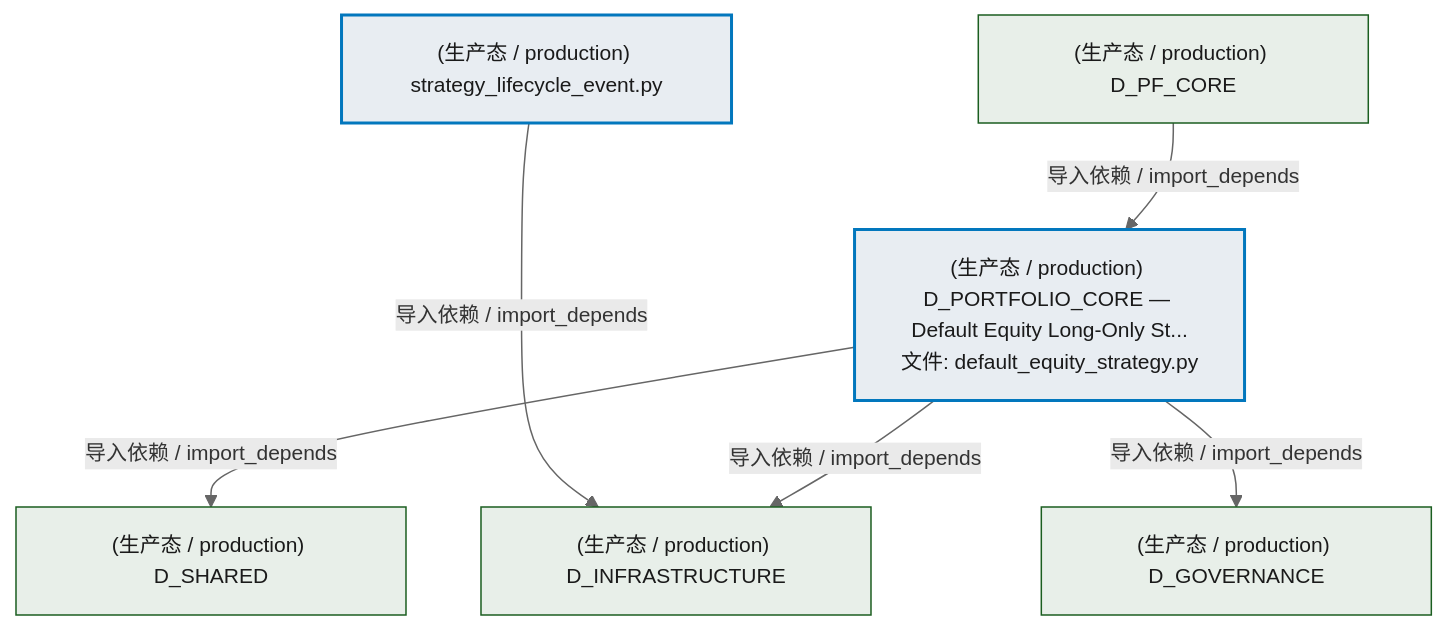
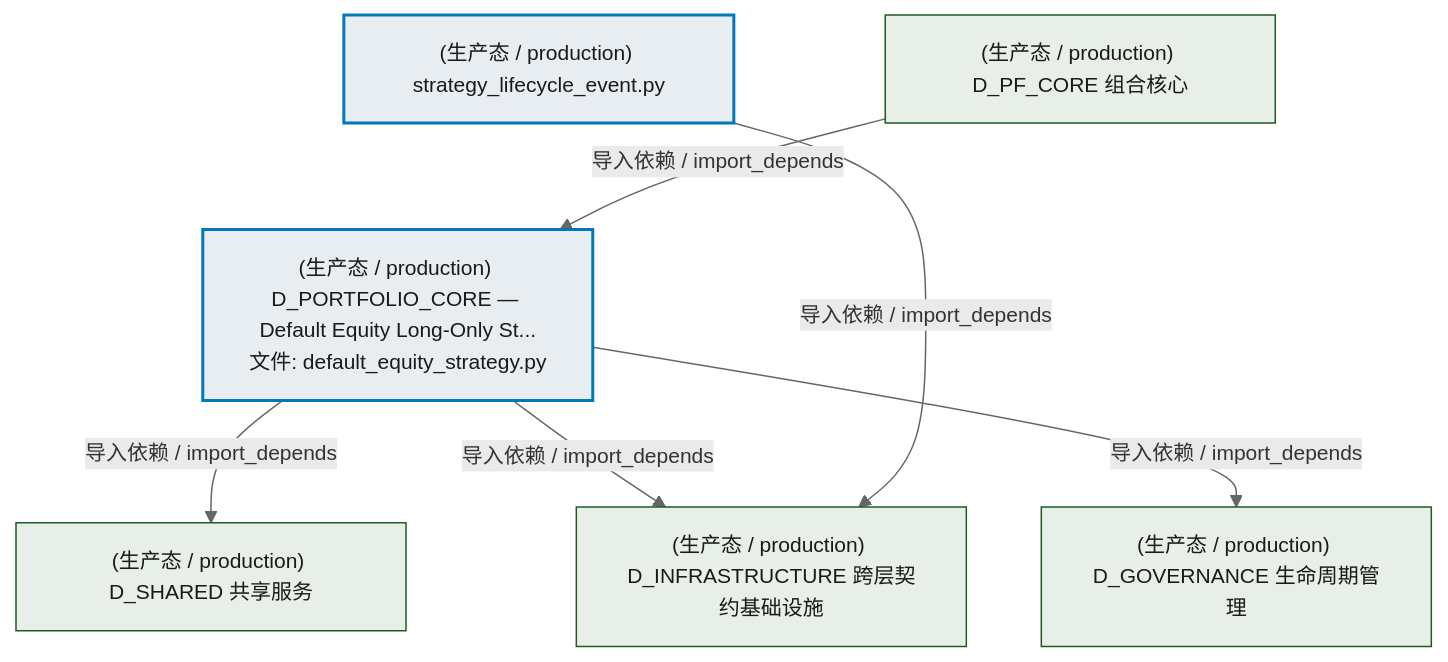
Before and after one commit to xuanFelixVan/ZephyrAlpha: the first of 3 diagrams in docs/02_enterprise_architecture/02_domain_architecture_docs/62_d_pf_alloc.md, drawn with Mermaid. The commit also changed other lines of this file and 45 other files, not shown here.

````diff
--- a/docs/02_enterprise_architecture/02_domain_architecture_docs/62_d_pf_alloc.md
+++ b/docs/02_enterprise_architecture/02_domain_architecture_docs/62_d_pf_alloc.md
@@ -67,22 +67,22 @@
 ```mermaid
 %%{init: {'theme': 'base', 'themeVariables': {'primaryColor': '#eaeaea', 'primaryTextColor': '#333333', 'primaryBorderColor': '#666666', 'lineColor': '#666666', 'secondaryColor': '#eaeaea', 'tertiaryColor': '#eaeaea', 'fontSize': '14px'}}}%%
 flowchart TD
     src_zephyr_pf_alloc_strategy_lifecycle_event_py["(生产态 / production) strategy_lifecycle_event.py"]
     src_zephyr_pf_core_default_equity_strategy_py["(生产态 / production) D_PORTFOLIO_CORE — Default Equity Long-Only St...<br/>文件: default_equity_strategy.py"]
     src_zephyr_pf_alloc_strategy_lifecycle_event_py ~~~ src_zephyr_pf_core_default_equity_strategy_py
-    D_INFRASTRUCTURE["(生产态 / production) D_INFRASTRUCTURE"]
+    D_SHARED["(生产态 / production) D_SHARED 共享服务"]
+    src_zephyr_pf_core_default_equity_strategy_py -->|导入依赖 / import_depends| D_SHARED
+    D_INFRASTRUCTURE["(生产态 / production) D_INFRASTRUCTURE 跨层契约基础设施"]
+    src_zephyr_pf_core_default_equity_strategy_py -->|导入依赖 / import_depends| D_INFRASTRUCTURE
+    D_GOVERNANCE["(生产态 / production) D_GOVERNANCE 生命周期管理"]
+    src_zephyr_pf_core_default_equity_strategy_py -->|导入依赖 / import_depends| D_GOVERNANCE
     src_zephyr_pf_alloc_strategy_lifecycle_event_py -->|导入依赖 / import_depends| D_INFRASTRUCTURE
-    D_SHARED["(生产态 / production) D_SHARED"]
-    src_zephyr_pf_core_default_equity_strategy_py -->|导入依赖 / import_depends| D_SHARED
-    src_zephyr_pf_core_default_equity_strategy_py -->|导入依赖 / import_depends| D_INFRASTRUCTURE
-    D_GOVERNANCE["(生产态 / production) D_GOVERNANCE"]
-    src_zephyr_pf_core_default_equity_strategy_py -->|导入依赖 / import_depends| D_GOVERNANCE
-    D_PF_CORE["(生产态 / production) D_PF_CORE"]
+    D_PF_CORE["(生产态 / production) D_PF_CORE 组合核心"]
     D_PF_CORE -->|导入依赖 / import_depends| src_zephyr_pf_core_default_equity_strategy_py
     classDef production fill:#e8edf2,stroke:#0277bd,stroke-width:2px,color:#1a1a1a
     classDef design fill:#f0ebe3,stroke:#bf360c,stroke-width:2px,color:#1a1a1a,stroke-dasharray: 5 5
     classDef external_prod fill:#e8efe9,stroke:#1b5e20,stroke-width:1px,color:#1a1a1a
     classDef external_design fill:#efe5ea,stroke:#880e4f,stroke-width:1px,color:#1a1a1a,stroke-dasharray: 5 5
     class src_zephyr_pf_alloc_strategy_lifecycle_event_py,src_zephyr_pf_core_default_equity_strategy_py production
-    class D_INFRASTRUCTURE,D_SHARED,D_GOVERNANCE,D_PF_CORE external_prod
+    class D_SHARED,D_INFRASTRUCTURE,D_GOVERNANCE,D_PF_CORE external_prod
 ```
````
